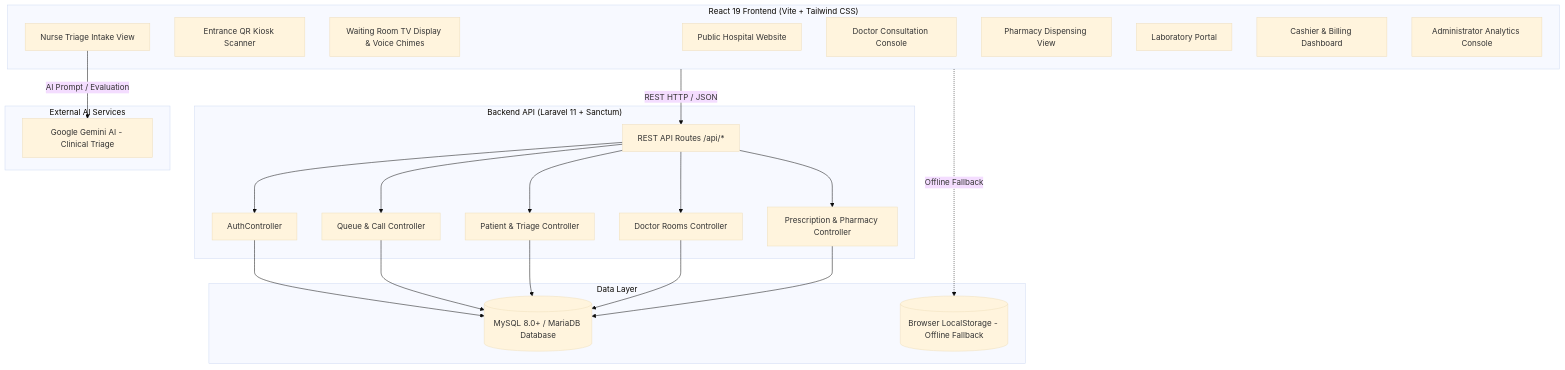
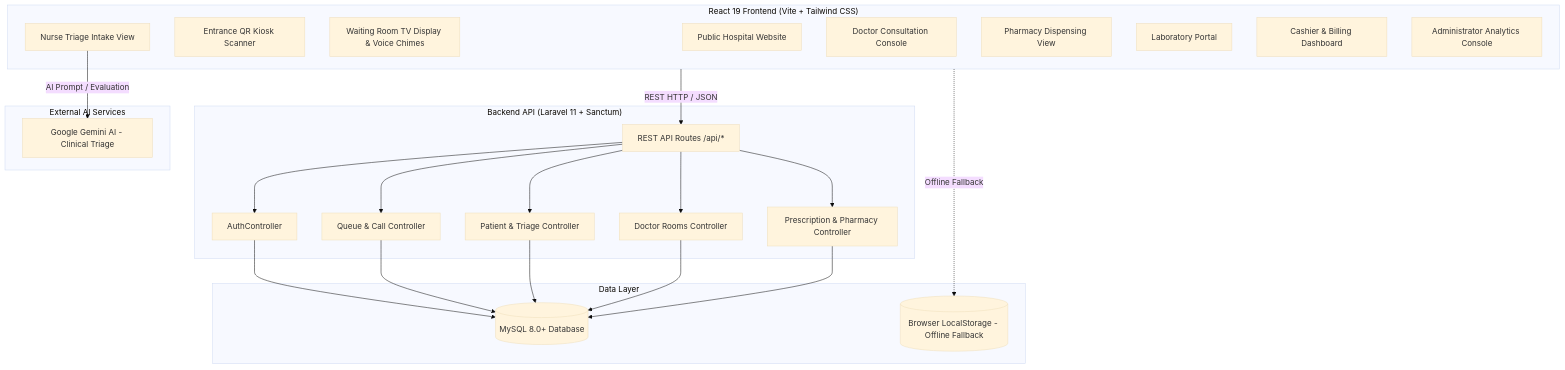
Before and after one commit to Halima-mandeq/daryeel-hospital-queue-management: the diagram in README.md, drawn with Mermaid (base theme). The commit also changed other lines of this file and 1 other file, not shown here.

Commit message:
docs: update database badge and documentation to MySQL only

````diff
--- a/README.md
+++ b/README.md
@@ -98,38 +99,38 @@
 ```mermaid
 flowchart TD
     subgraph Frontend["React 19 Frontend (Vite + Tailwind CSS)"]
         Web[Public Hospital Website]
         Kiosk[Entrance QR Kiosk Scanner]
         Display[Waiting Room TV Display & Voice Chimes]
         Triage[Nurse Triage Intake View]
         Doctor[Doctor Consultation Console]
         Pharm[Pharmacy Dispensing View]
         Lab[Laboratory Portal]
         Cashier[Cashier & Billing Dashboard]
         Admin[Administrator Analytics Console]
     end
 
     subgraph Backend["Backend API (Laravel 11 + Sanctum)"]
         Router[REST API Routes /api/*]
         AuthCtrl[AuthController]
         QueueCtrl[Queue & Call Controller]
         PatientCtrl[Patient & Triage Controller]
         DoctorCtrl[Doctor Rooms Controller]
         RxCtrl[Prescription & Pharmacy Controller]
     end
 
     subgraph DataStore["Data Layer"]
-        MySQL[(MySQL 8.0+ / MariaDB Database)]
+        MySQL[(MySQL 8.0+ Database)]
         Local[(Browser LocalStorage - Offline Fallback)]
     end
 
     subgraph CloudServices["External AI Services"]
         Gemini[Google Gemini AI - Clinical Triage]
     end
 
     Frontend -->|REST HTTP / JSON| Router
     Frontend -.->|Offline Fallback| Local
     Triage -->|AI Prompt / Evaluation| Gemini
     Router --> AuthCtrl & QueueCtrl & PatientCtrl & DoctorCtrl & RxCtrl
     AuthCtrl & QueueCtrl & PatientCtrl & DoctorCtrl & RxCtrl --> MySQL
 ```
````
